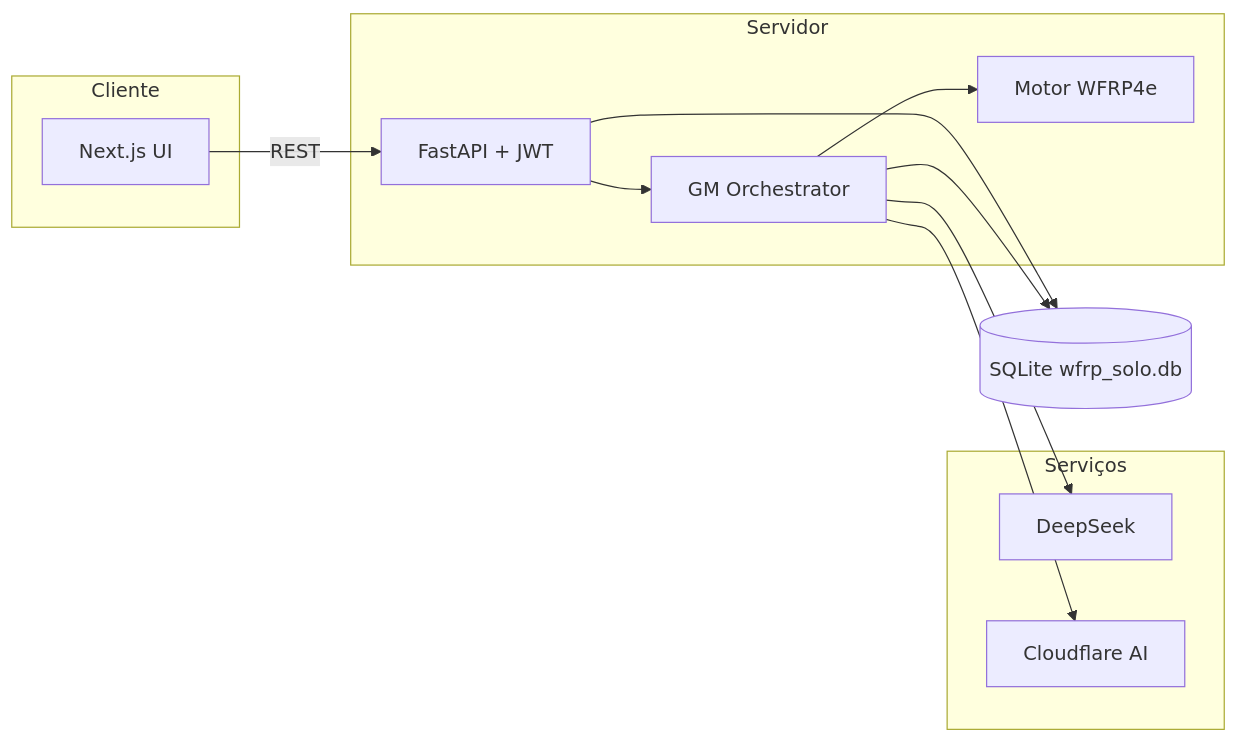
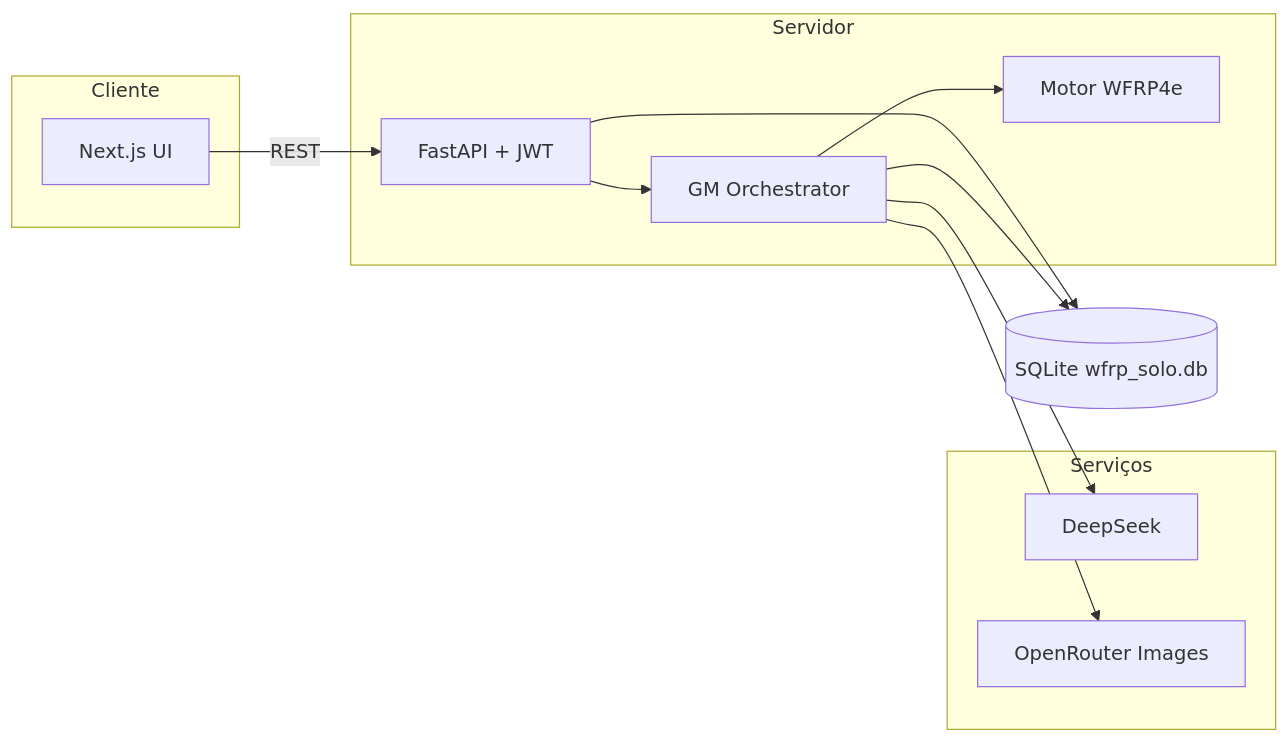
The diagram in README.md (ricardopiloto/SoloRPG), drawn with Mermaid before and after one commit. The commit also changed other lines of this file and 111 other files, not shown here.

````diff
--- a/README.md
+++ b/README.md
@@ -54,27 +54,27 @@
 ```mermaid
 flowchart LR
     subgraph Cliente
         UI[Next.js UI]
     end
 
     subgraph Servidor
         API[FastAPI + JWT]
         GM[GM Orchestrator]
         REGRAS[Motor WFRP4e]
     end
 
     subgraph Serviços
         LLM[DeepSeek]
-        IMG[Cloudflare AI]
+        IMG[OpenRouter Images]
     end
 
     DB[(SQLite wfrp_solo.db)]
 
     UI -->|REST| API
     API --> GM
     GM --> REGRAS
     GM --> LLM
     GM --> IMG
     API --> DB
     GM --> DB
 ```
````
